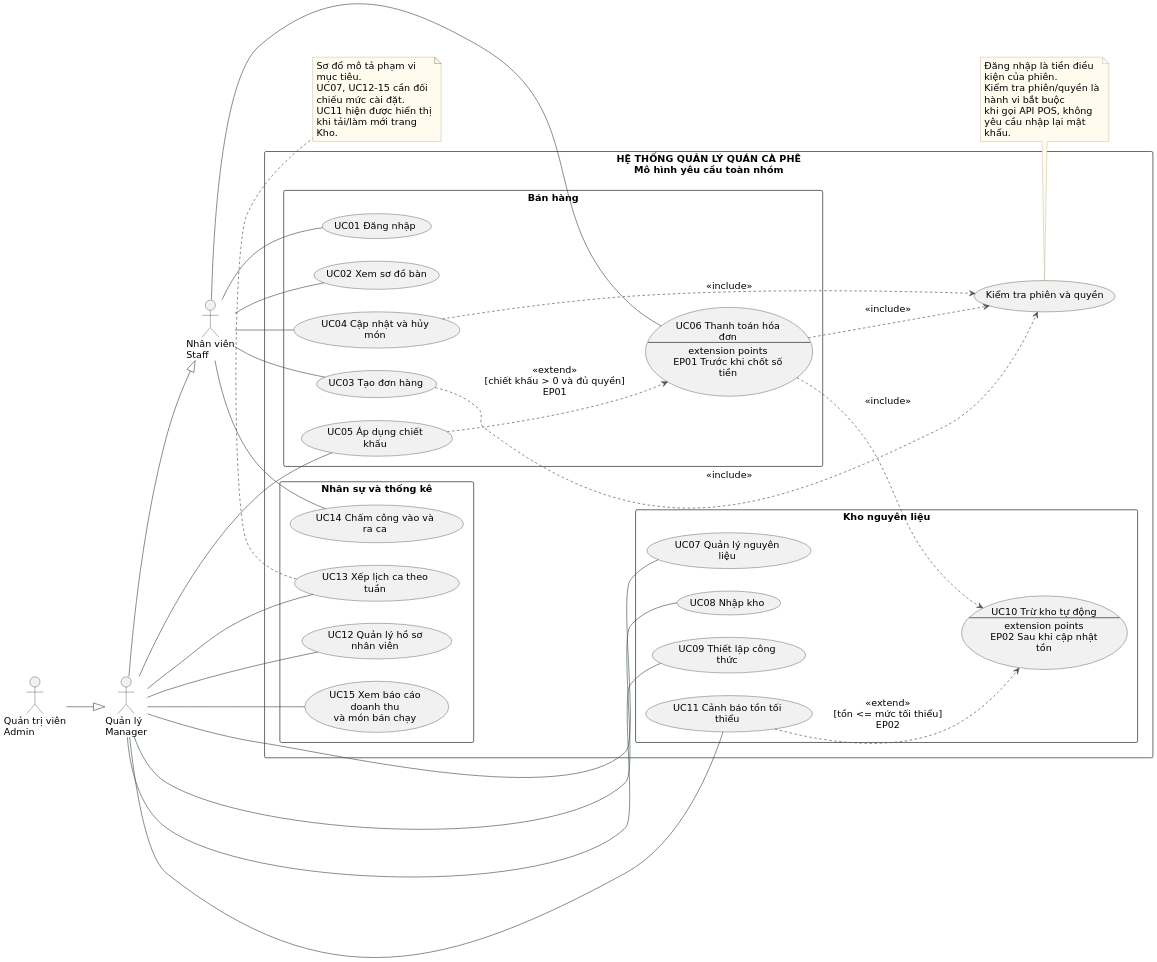
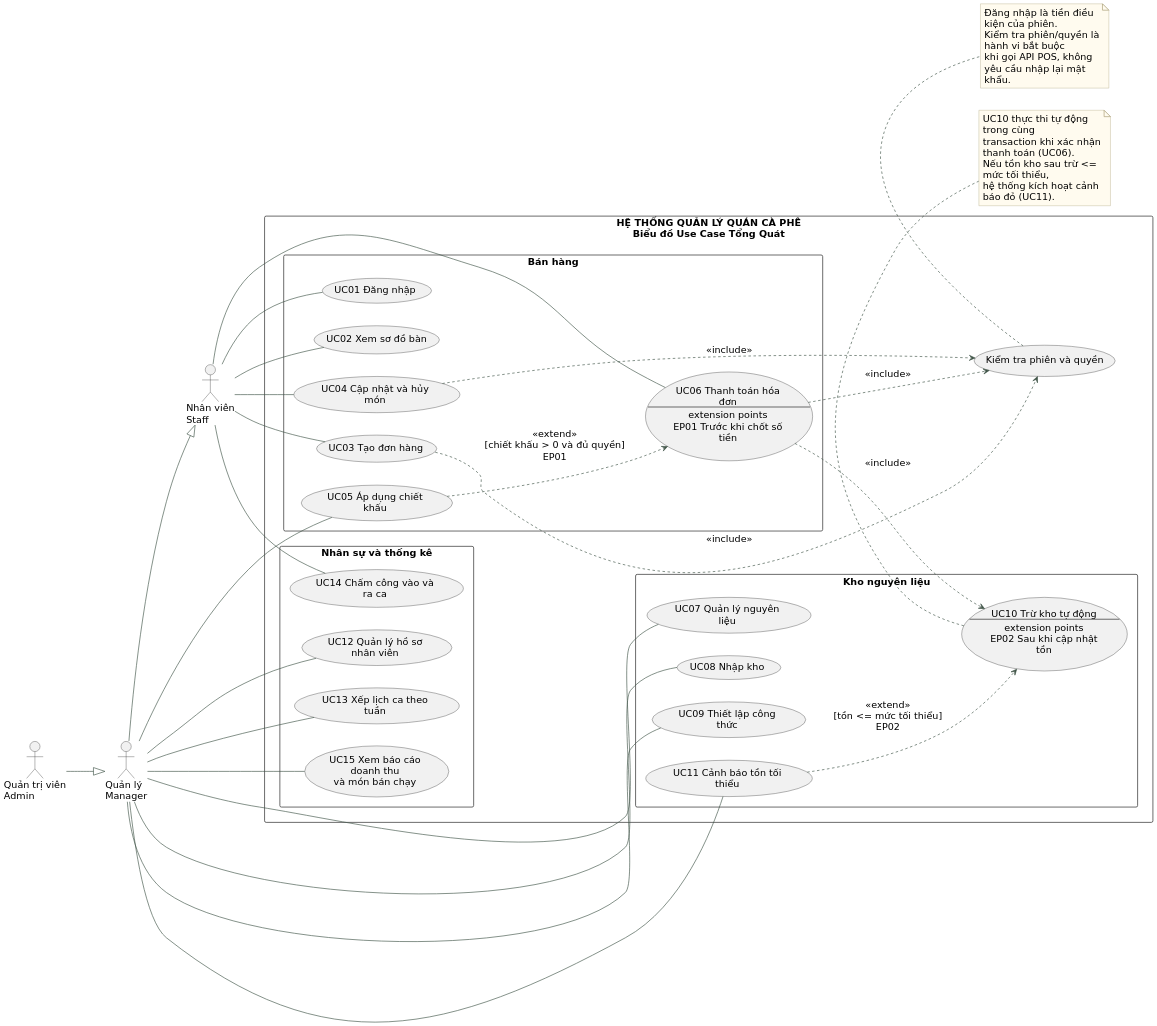
Before and after one commit to KDY006/PTTKYC-Coffee: the diagram in 02_SourceCode_WebJava_Prototype/BanGiao_UML/UC_Tong_quat.puml, drawn with PlantUML. The commit also changed 4 other files, not shown here.

Commit message:
docs: add UML diagrams, database schema, and project documentation

```diff
--- a/02_SourceCode_WebJava_Prototype/BanGiao_UML/UC_Tong_quat.puml
+++ b/02_SourceCode_WebJava_Prototype/BanGiao_UML/UC_Tong_quat.puml
@@ -1,81 +1,82 @@
 @startuml
 skinparam defaultFontName DejaVu Sans
 skinparam defaultFontSize 15
 skinparam shadowing false
 skinparam BackgroundColor white
 skinparam ArrowColor #405447
 skinparam activityBackgroundColor #F3F6F3
 skinparam activityBorderColor #47634F
 skinparam sequenceParticipantBackgroundColor #F1F5F1
 skinparam sequenceLifeLineBorderColor #829388
 skinparam sequenceActivationBackgroundColor #DAE6DD
 skinparam sequenceActivationBorderColor #52705B
 skinparam noteBackgroundColor #FFFBEF
 skinparam noteBorderColor #A4986E
 skinparam dpi 170
 skinparam wrapWidth 190
 skinparam maxMessageSize 360
 skinparam noteTextAlignment left
 left to right direction
 skinparam packageStyle rectangle
 actor "Nhân viên\nStaff" as Staff
 actor "Quản lý\nManager" as Manager
 actor "Quản trị viên\nAdmin" as Admin
 Manager --|> Staff
 Admin --|> Manager
-rectangle "HỆ THỐNG QUẢN LÝ QUÁN CÀ PHÊ\nMô hình yêu cầu toàn nhóm" {
+rectangle "HỆ THỐNG QUẢN LÝ QUÁN CÀ PHÊ\nBiểu đồ Use Case Tổng Quát" {
   package "Bán hàng" {
     usecase "UC01 Đăng nhập" as U1
     usecase "UC02 Xem sơ đồ bàn" as U2
     usecase "UC03 Tạo đơn hàng" as U3
     usecase "UC04 Cập nhật và hủy món" as U4
     usecase "UC05 Áp dụng chiết khấu" as U5
     usecase "UC06 Thanh toán hóa đơn\n--\nextension points\nEP01 Trước khi chốt số tiền" as U6
   }
   package "Kho nguyên liệu" {
     usecase "UC07 Quản lý nguyên liệu" as U7
     usecase "UC08 Nhập kho" as U8
     usecase "UC09 Thiết lập công thức" as U9
     usecase "UC10 Trừ kho tự động\n--\nextension points\nEP02 Sau khi cập nhật tồn" as U10
     usecase "UC11 Cảnh báo tồn tối thiểu" as U11
   }
   package "Nhân sự và thống kê" {
     usecase "UC12 Quản lý hồ sơ nhân viên" as U12
     usecase "UC13 Xếp lịch ca theo tuần" as U13
     usecase "UC14 Chấm công vào và ra ca" as U14
     usecase "UC15 Xem báo cáo doanh thu\nvà món bán chạy" as U15
   }
   usecase "Kiểm tra phiên và quyền" as Auth
 }
 Staff -- U1
 Staff -- U2
 Staff -- U3
 Staff -- U4
 Staff -- U6
 Staff -- U14
 Manager -- U5
 Manager -- U7
 Manager -- U8
 Manager -- U9
 Manager -- U11
 Manager -- U12
 Manager -- U13
 Manager -- U15
 U3 ..> Auth : <<include>>
 U4 ..> Auth : <<include>>
 U6 ..> Auth : <<include>>
 U6 ..> U10 : <<include>>
 U5 ..> U6 : <<extend>>\n[chiết khấu > 0 và đủ quyền]\nEP01
 U11 ..> U10 : <<extend>>\n[tồn <= mức tối thiểu]\nEP02
 note bottom of Auth
   Đăng nhập là tiền điều kiện của phiên.
   Kiểm tra phiên/quyền là hành vi bắt buộc
   khi gọi API POS, không yêu cầu nhập lại mật khẩu.
 end note
-note bottom of U13
-  Sơ đồ mô tả phạm vi mục tiêu.
-  UC07, UC12-15 cần đối chiếu mức cài đặt.
-  UC11 hiện được hiển thị khi tải/làm mới trang Kho.
+note bottom of U10
+  UC10 thực thi tự động trong cùng
+  transaction khi xác nhận thanh toán (UC06).
+  Nếu tồn kho sau trừ <= mức tối thiểu,
+  hệ thống kích hoạt cảnh báo đỏ (UC11).
 end note
 
 @enduml
```
